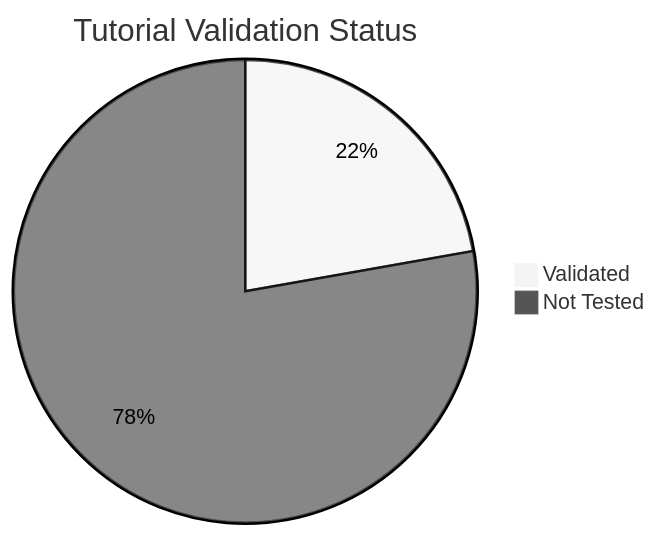
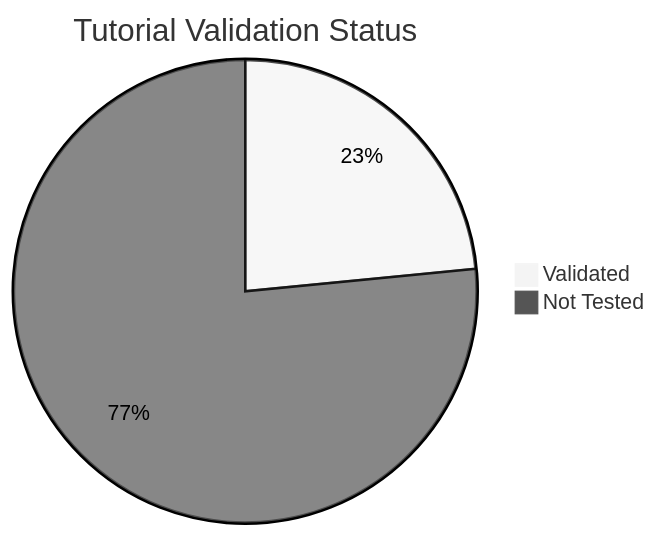
Before and after one commit to yeongseon/azure-container-apps-practical-guide: the diagram in docs/reference/validation-status.md, drawn with Mermaid (neutral theme). The commit also changed other lines of this file and 1 other file, not shown here.

````diff
--- a/docs/reference/validation-status.md
+++ b/docs/reference/validation-status.md
@@ -35,5 +35,5 @@
 ```mermaid
 pie title Tutorial Validation Status
-    "Validated" : 18
-    "Not Tested" : 63
+    "Validated" : 19
+    "Not Tested" : 62
 ```
````
